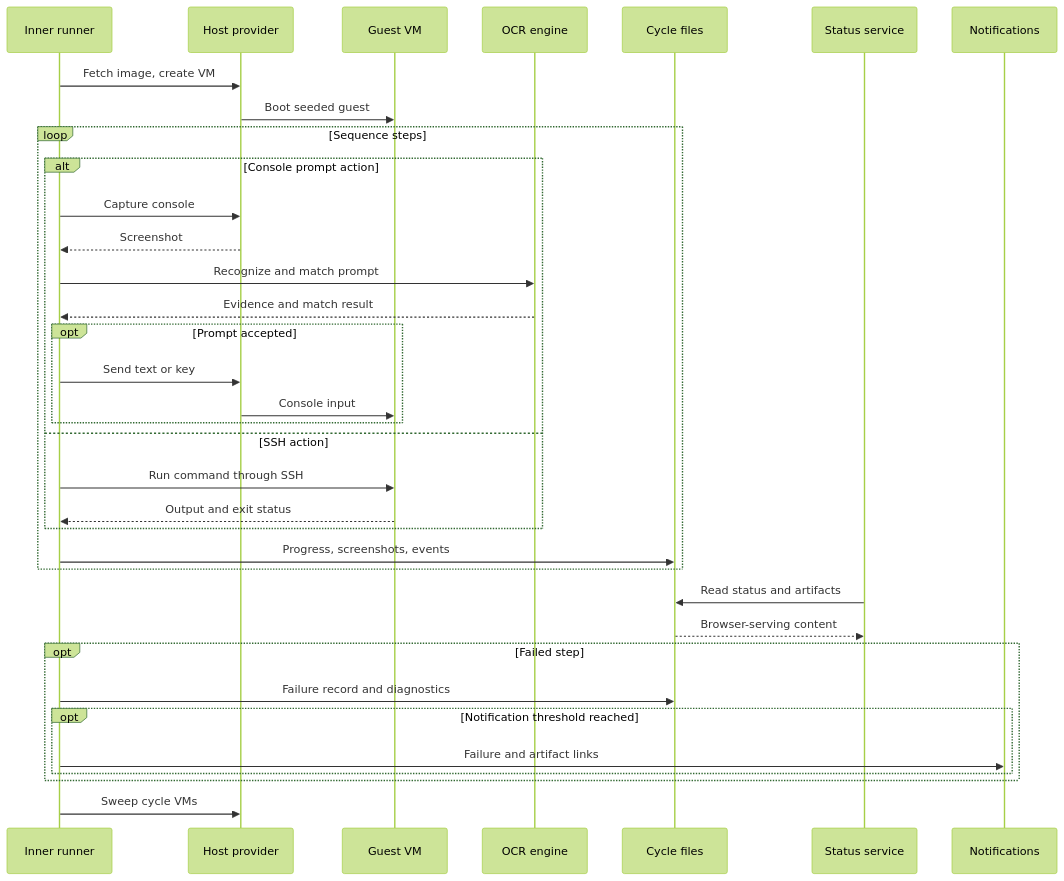
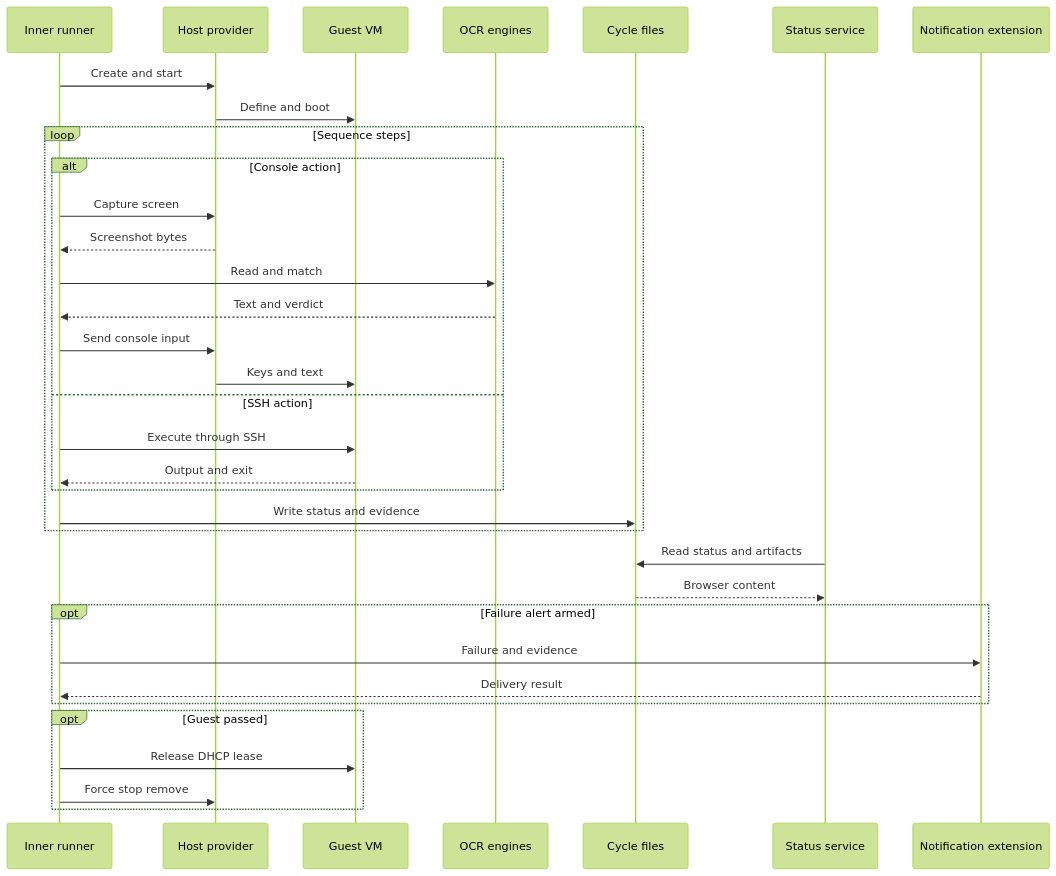
One commit to alissonsol/yuruna changed the second of 8 diagrams in docs/design/03-data-flows.md. Above: the diagram before and after it, drawn with Mermaid (forest theme). The commit also changed other lines of this file and 1343 other files, not shown here.

````diff
--- a/docs/design/03-data-flows.md
+++ b/docs/design/03-data-flows.md
@@ -93,37 +43,36 @@
 ```mermaid
 sequenceDiagram
-    participant test-runnerinnerloop-psm1 as Inner runner
+    participant test-runner-inner-loop-psm1 as Inner runner
     participant yuruna-host-psm1 as Host provider
     participant guest-vm as Guest VM
-    participant test-ocrengine-psm1 as OCR engine
-    participant cycle-files as Cycle files
-    participant start-statusservice-ps1 as Status service
-    participant test-notify-psm1 as Notifications
-    test-runnerinnerloop-psm1->>yuruna-host-psm1: Fetch image, create VM
-    yuruna-host-psm1->>guest-vm: Boot seeded guest
+    participant test-ocr-engine-psm1 as OCR engines
+    participant status-json as Cycle files
+    participant start-status-service-ps1 as Status service
+    participant test-notify-psm1 as Notification extension
+    test-runner-inner-loop-psm1->>yuruna-host-psm1: Create and start
+    yuruna-host-psm1->>guest-vm: Define and boot
     loop Sequence steps
-        alt Console prompt action
-            test-runnerinnerloop-psm1->>yuruna-host-psm1: Capture console
-            yuruna-host-psm1-->>test-runnerinnerloop-psm1: Screenshot
-            test-runnerinnerloop-psm1->>test-ocrengine-psm1: Recognize and match prompt
-            test-ocrengine-psm1-->>test-runnerinnerloop-psm1: Evidence and match result
-            opt Prompt accepted
-                test-runnerinnerloop-psm1->>yuruna-host-psm1: Send text or key
-                yuruna-host-psm1->>guest-vm: Console input
-            end
+        alt Console action
+            test-runner-inner-loop-psm1->>yuruna-host-psm1: Capture screen
+            yuruna-host-psm1-->>test-runner-inner-loop-psm1: Screenshot bytes
+            test-runner-inner-loop-psm1->>test-ocr-engine-psm1: Read and match
+            test-ocr-engine-psm1-->>test-runner-inner-loop-psm1: Text and verdict
+            test-runner-inner-loop-psm1->>yuruna-host-psm1: Send console input
+            yuruna-host-psm1->>guest-vm: Keys and text
         else SSH action
-            test-runnerinnerloop-psm1->>guest-vm: Run command through SSH
-            guest-vm-->>test-runnerinnerloop-psm1: Output and exit status
+            test-runner-inner-loop-psm1->>guest-vm: Execute through SSH
+            guest-vm-->>test-runner-inner-loop-psm1: Output and exit
         end
-        test-runnerinnerloop-psm1->>cycle-files: Progress, screenshots, events
+        test-runner-inner-loop-psm1->>status-json: Write status and evidence
     end
-    start-statusservice-ps1->>cycle-files: Read status and artifacts
-    cycle-files-->>start-statusservice-ps1: Browser-serving content
-    opt Failed step
-        test-runnerinnerloop-psm1->>cycle-files: Failure record and diagnostics
-        opt Notification threshold reached
-            test-runnerinnerloop-psm1->>test-notify-psm1: Failure and artifact links
-        end
+    start-status-service-ps1->>status-json: Read status and artifacts
+    status-json-->>start-status-service-ps1: Browser content
+    opt Failure alert armed
+        test-runner-inner-loop-psm1->>test-notify-psm1: Failure and evidence
+        test-notify-psm1-->>test-runner-inner-loop-psm1: Delivery result
     end
-    test-runnerinnerloop-psm1->>yuruna-host-psm1: Sweep cycle VMs
+    opt Guest passed
+        test-runner-inner-loop-psm1->>guest-vm: Release DHCP lease
+        test-runner-inner-loop-psm1->>yuruna-host-psm1: Force stop remove
+    end
 ```
````
